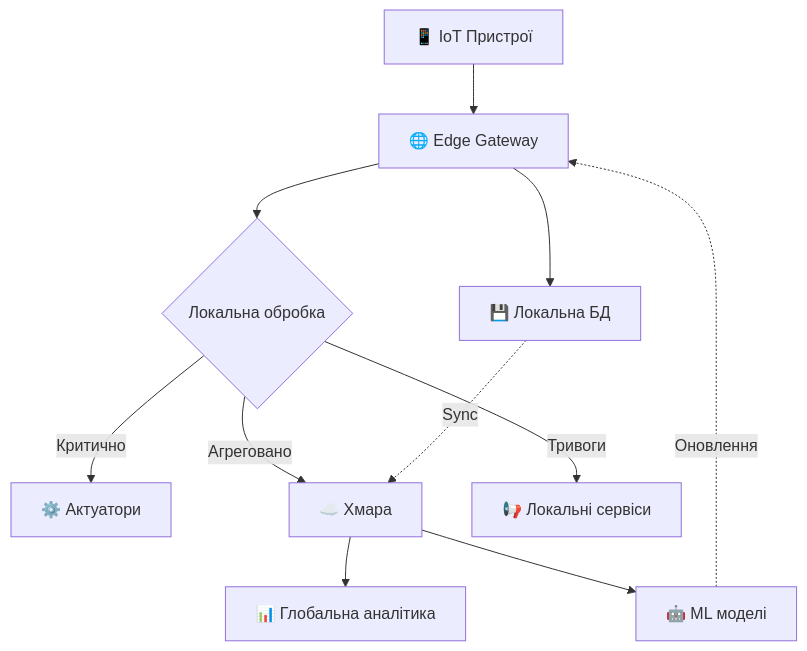
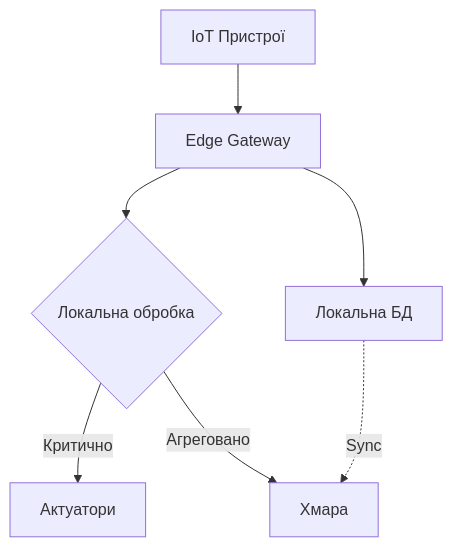
Before and after one commit to olroi421/course-bd: the fifth of 5 diagrams in presentations/presentation-21.md, drawn with Mermaid. The commit also changed other lines of this file and 26 other files, not shown here.

````diff
--- a/presentations/presentation-21.md
+++ b/presentations/presentation-21.md
@@ -426,15 +172,9 @@
 ```mermaid
 graph TB
-    A[📱 IoT Пристрої] --> B[🌐 Edge Gateway]
+    A[IoT Пристрої] --> B[Edge Gateway]
     B --> C{Локальна обробка}
-    C -->|Критично| D[⚙️ Актуатори]
-    C -->|Агреговано| E[☁️ Хмара]
-    C -->|Тривоги| F[📢 Локальні сервіси]
-
-    B --> G[💾 Локальна БД]
+    C -->|Критично| D[Актуатори]
+    C -->|Агреговано| E[Хмара]
+    B --> G[Локальна БД]
     G -.->|Sync| E
-
-    E --> H[📊 Глобальна аналітика]
-    E --> I[🤖 ML моделі]
-    I -.->|Оновлення| B
 ```
````
